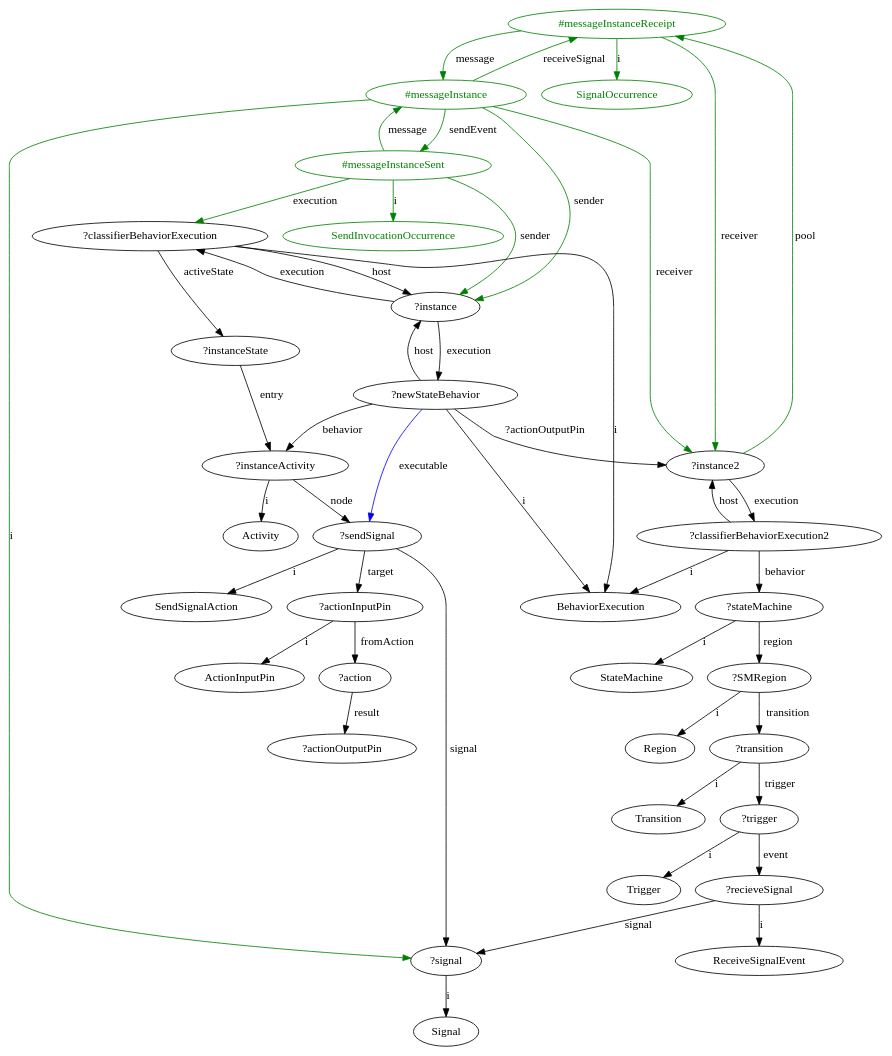
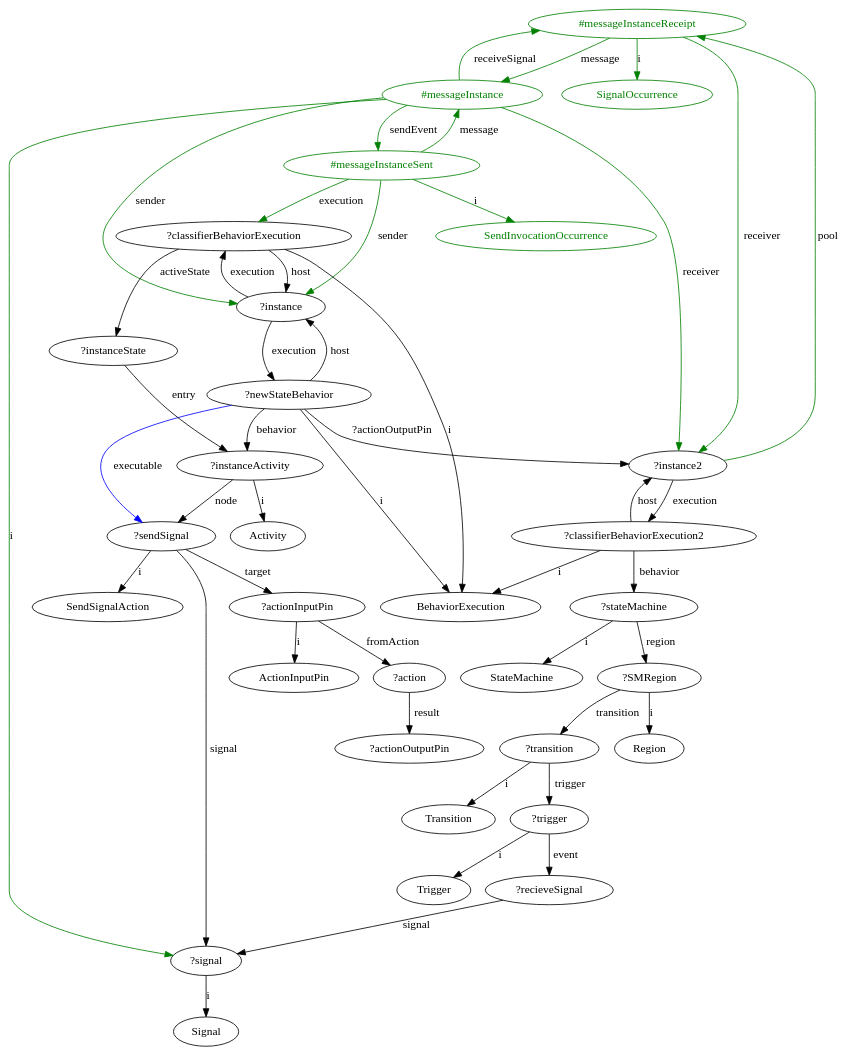
One commit to luisneiva/graf-framework changed the diagram in GraphOutputs/sendSignalAction.dot. Above: the diagram before and after it, drawn with Graphviz. The commit also changed 25 other files, not shown here.

```diff
--- a/GraphOutputs/sendSignalAction.dot
+++ b/GraphOutputs/sendSignalAction.dot
@@ -1,68 +1,67 @@
 digraph sendSignalAction {
 	"#messageInstanceReceipt" -> "#messageInstance" [label="message", color="green"]
 	"#messageInstanceReceipt" [color="green", fontcolor="green"]
 	"#messageInstance" [color="green", fontcolor="green"]
 	"#messageInstance" -> "#messageInstanceReceipt" [label="receiveSignal", color="green"]
 	"#messageInstance" [color="green", fontcolor="green"]
 	"#messageInstanceReceipt" [color="green", fontcolor="green"]
 	"#messageInstance" -> "#messageInstanceSent" [label="sendEvent", color="green"]
 	"#messageInstance" [color="green", fontcolor="green"]
 	"#messageInstanceSent" [color="green", fontcolor="green"]
 	"#messageInstanceSent" -> "#messageInstance" [label="message", color="green"]
 	"#messageInstanceSent" [color="green", fontcolor="green"]
 	"#messageInstance" [color="green", fontcolor="green"]
 	"#messageInstanceReceipt" -> "SignalOccurrence" [label="i", color="green"]
 	"#messageInstanceReceipt" [color="green", fontcolor="green"]
 	"SignalOccurrence" [color="green", fontcolor="green"]
 	"#messageInstanceSent" -> "SendInvocationOccurrence" [label="i", color="green"]
 	"#messageInstanceSent" [color="green", fontcolor="green"]
 	"SendInvocationOccurrence" [color="green", fontcolor="green"]
 	"?instance" -> "?newStateBehavior" [label="execution"]
 	"?newStateBehavior" -> "?instance" [label="host"]
 	"?classifierBehaviorExecution" -> "?instance" [label="host"]
 	"?instance" -> "?classifierBehaviorExecution" [label="execution"]
 	"?classifierBehaviorExecution" -> "BehaviorExecution" [label="i"]
 	"?newStateBehavior" -> "BehaviorExecution" [label="i"]
 	"?classifierBehaviorExecution2" -> "BehaviorExecution" [label="i"]
 	"?classifierBehaviorExecution2" -> "?instance2" [label="host"]
 	"?instance2" -> "?classifierBehaviorExecution2" [label="execution"]
 	"?classifierBehaviorExecution2" -> "?stateMachine" [label="behavior"]
 	"?stateMachine" -> "StateMachine" [label="i"]
 	"?SMRegion" -> "Region" [label="i"]
 	"?transition" -> "Transition" [label="i"]
 	"?trigger" -> "Trigger" [label="i"]
-	"?recieveSignal" -> "ReceiveSignalEvent" [label="i"]
 	"?stateMachine" -> "?SMRegion" [label="region"]
 	"?SMRegion" -> "?transition" [label="transition"]
 	"?transition" -> "?trigger" [label="trigger"]
 	"?trigger" -> "?recieveSignal" [label="event"]
 	"?recieveSignal" -> "?signal" [label="signal"]
 	"?signal" -> "Signal" [label="i"]
 	"?actionInputPin" -> "ActionInputPin" [label="i"]
 	"?actionInputPin" -> "?action" [label="fromAction"]
 	"?action" -> "?actionOutputPin" [label="result"]
 	"?sendSignal" -> "?actionInputPin" [label="target"]
 	"?sendSignal" -> "SendSignalAction" [label="i"]
 	"?instanceActivity" -> "Activity" [label="i"]
 	"?instanceState" -> "?instanceActivity" [label="entry"]
 	"?newStateBehavior" -> "?instanceActivity" [label="behavior"]
 	"?classifierBehaviorExecution" -> "?instanceState" [label="activeState"]
 	"?instanceActivity" -> "?sendSignal" [label="node"]
 	"?sendSignal" -> "?signal" [label="signal"]
 	"?newStateBehavior" -> "?instance2" [label="?actionOutputPin"]
 	"#messageInstance" -> "?instance2" [label="receiver", color="green"]
 	"#messageInstance" [color="green", fontcolor="green"]
 	"#messageInstanceSent" -> "?classifierBehaviorExecution" [label="execution", color="green"]
 	"#messageInstanceSent" [color="green", fontcolor="green"]
 	"#messageInstanceSent" -> "?instance" [label="sender", color="green"]
 	"#messageInstanceSent" [color="green", fontcolor="green"]
 	"?instance2" -> "#messageInstanceReceipt" [label="pool", color="green"]
 	"#messageInstanceReceipt" [color="green", fontcolor="green"]
 	"#messageInstanceReceipt" -> "?instance2" [label="receiver", color="green"]
 	"#messageInstanceReceipt" [color="green", fontcolor="green"]
 	"#messageInstance" -> "?signal" [label="i", color="green"]
 	"#messageInstance" [color="green", fontcolor="green"]
 	"#messageInstance" -> "?instance" [label="sender", color="green"]
 	"#messageInstance" [color="green", fontcolor="green"]
 	"?newStateBehavior" -> "?sendSignal" [label="executable", color="blue"]
 }
```
